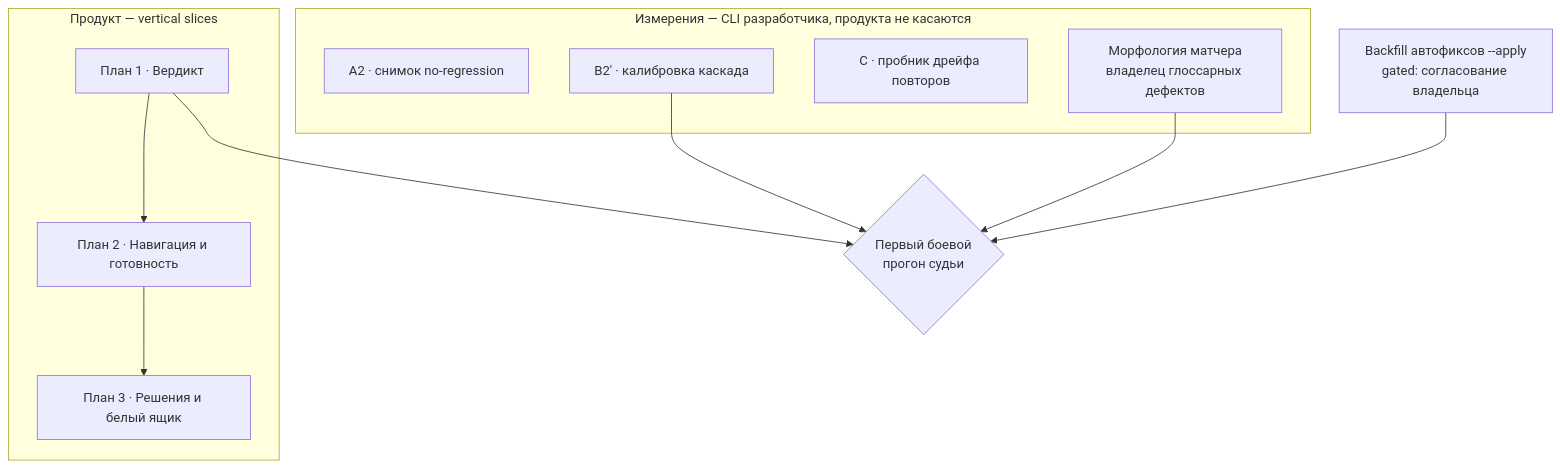
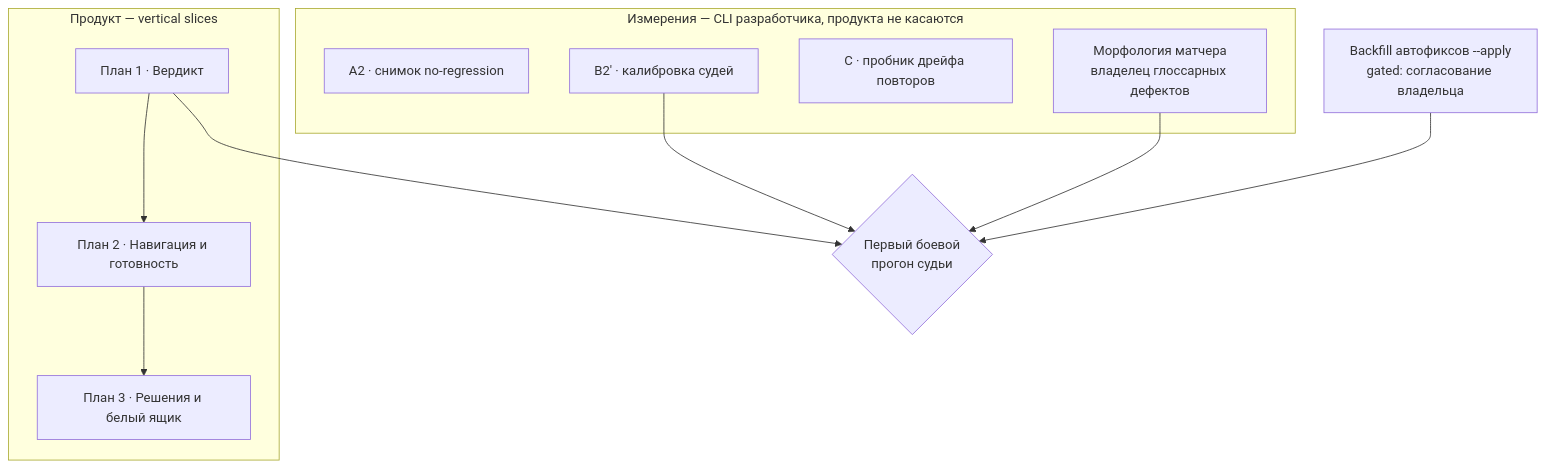
The second of 2 diagrams in docs/LLM-first/2026-08-13-judge-native-ui-design.md (v9833078908/weblate-HC), drawn with Mermaid before and after one commit. The commit also changed other lines of this file and 1 other file, not shown here.

````diff
--- a/docs/LLM-first/2026-08-13-judge-native-ui-design.md
+++ b/docs/LLM-first/2026-08-13-judge-native-ui-design.md
@@ -478,20 +545,20 @@
 ```mermaid
 flowchart TD
   subgraph M["Измерения — CLI разработчика, продукта не касаются"]
     A2["A2 · снимок no-regression"]
-    B2["B2' · калибровка каскада"]
+    B2["B2' · калибровка судей"]
     C["C · пробник дрейфа повторов"]
     MORPH["Морфология матчера<br/>владелец глоссарных дефектов"]
   end
   subgraph P["Продукт — vertical slices"]
     P1["План 1 · Вердикт"]
     P2["План 2 · Навигация и готовность"]
     P3["План 3 · Решения и белый ящик"]
   end
   BF["Backfill автофиксов --apply<br/>gated: согласование владельца"]
   P1 --> P2 --> P3
   B2 --> GATE{"Первый боевой<br/>прогон судьи"}
   MORPH --> GATE
   BF --> GATE
   P1 --> GATE
 ```
````
